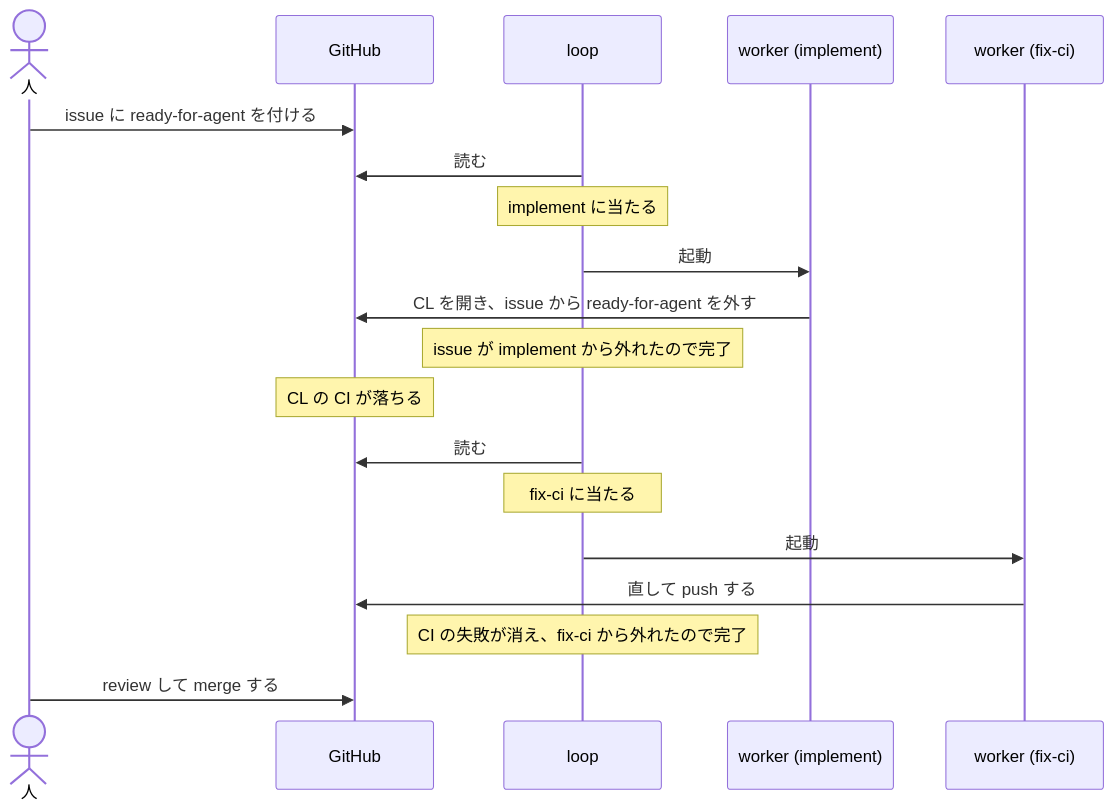
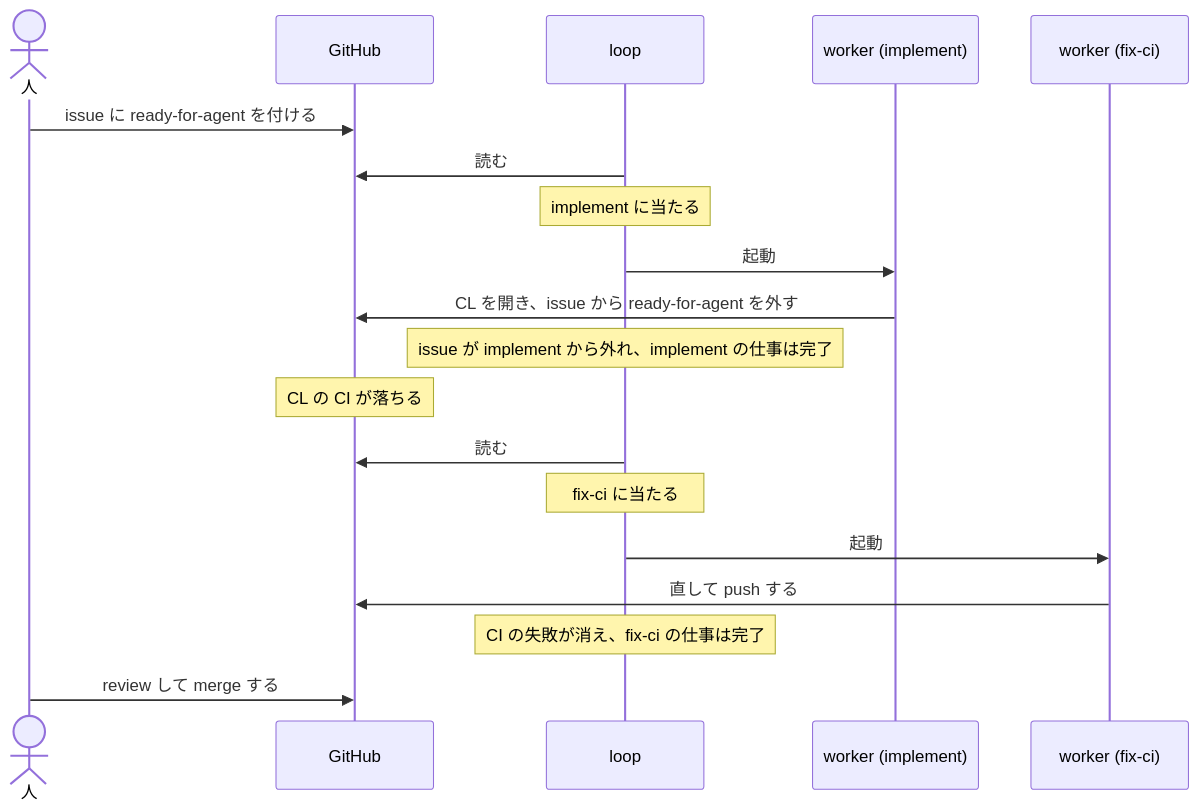
The second of 2 diagrams in README.md (swat9013/claude-dispatcher), drawn with Mermaid before and after one commit. The commit also changed other lines of this file, not shown here.

First line of the commit message:
レビューの指摘に合わせて README の語と図の説明を直す

````diff
--- a/README.md
+++ b/README.md
@@ -26,21 +27,21 @@
 ```mermaid
 sequenceDiagram
     actor human as 人
     participant gh as GitHub
     participant lp as loop
     participant impl as worker (implement)
     participant fix as worker (fix-ci)
     human->>gh: issue に ready-for-agent を付ける
     lp->>gh: 読む
     Note over lp: implement に当たる
     lp->>impl: 起動
     impl->>gh: CL を開き、issue から ready-for-agent を外す
-    Note over lp: issue が implement から外れたので完了
+    Note over lp: issue が implement から外れ、implement の仕事は完了
     Note over gh: CL の CI が落ちる
     lp->>gh: 読む
     Note over lp: fix-ci に当たる
     lp->>fix: 起動
     fix->>gh: 直して push する
-    Note over lp: CI の失敗が消え、fix-ci から外れたので完了
+    Note over lp: CI の失敗が消え、fix-ci の仕事は完了
     human->>gh: review して merge する
 ```
````
